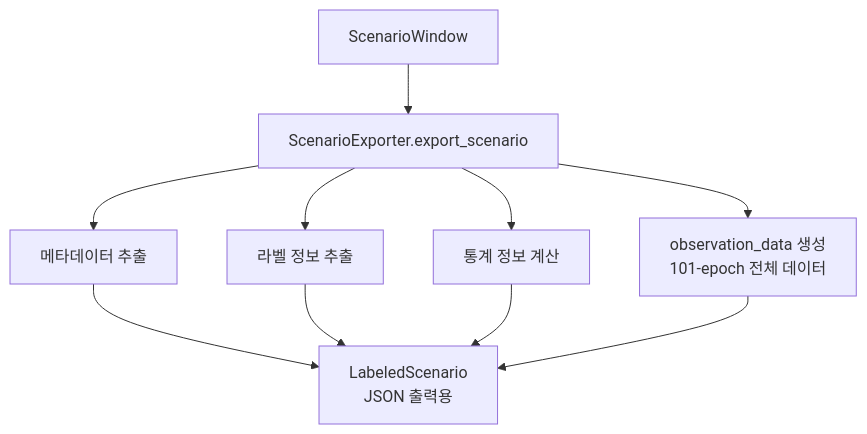
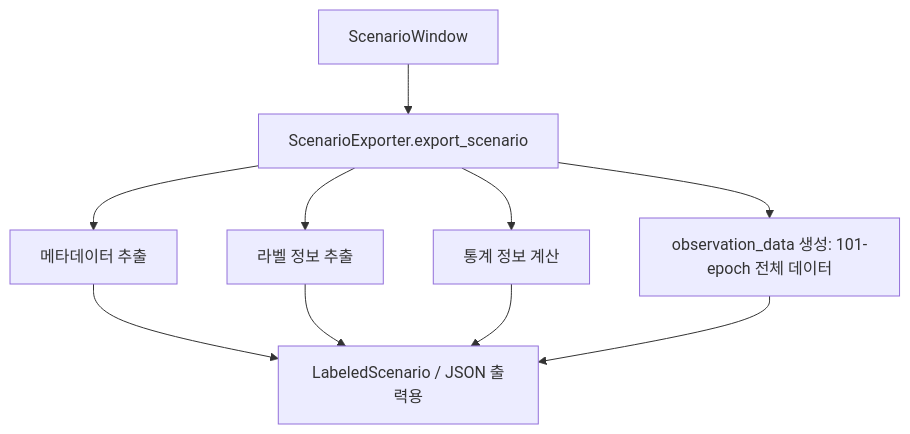
The fifth of 5 diagrams in doc/02_data_structures.md (etri/ad_scenario_classifier), drawn with Mermaid before and after one commit. The commit also changed other lines of this file and 5 other files, not shown here.

````diff
--- a/doc/02_data_structures.md
+++ b/doc/02_data_structures.md
@@ -485,12 +433,12 @@
 ```mermaid
 flowchart TD
     A[ScenarioWindow] --> B[ScenarioExporter.export_scenario]
     B --> C[메타데이터 추출]
     B --> D[라벨 정보 추출]
     B --> E[통계 정보 계산]
-    B --> F[observation_data 생성<br/>101-epoch 전체 데이터]
-    C --> G[LabeledScenario<br/>JSON 출력용]
+    B --> F["observation_data 생성: 101-epoch 전체 데이터"]
+    C --> G["LabeledScenario / JSON 출력용"]
     D --> G
     E --> G
     F --> G
 ```
````
